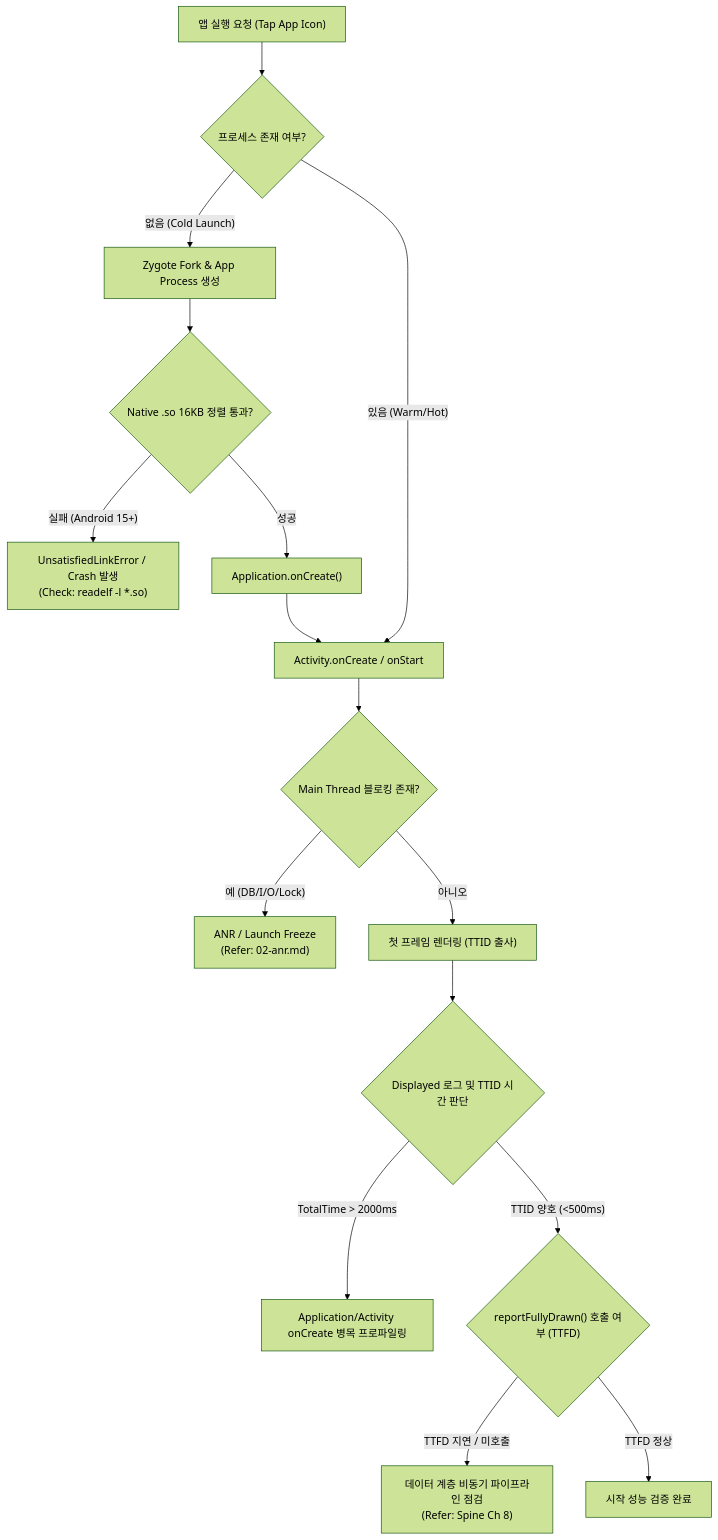
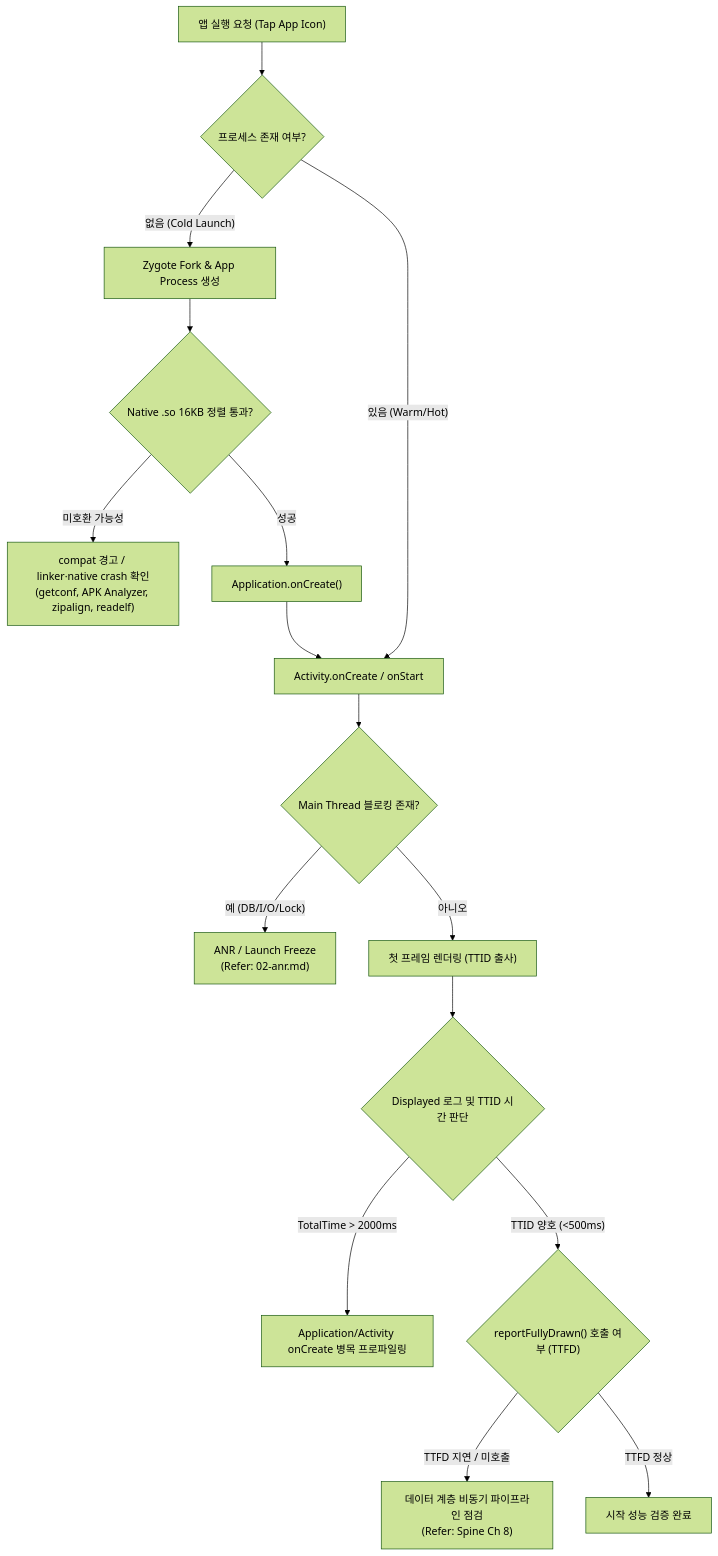
Before and after one commit to youngmin-gwon/what-i-studied: the diagram in 01_inbox/mobile/android/00_foundations/diagnostic-runbooks/01-app-launch-slow-or-fails.md, drawn with Mermaid (forest theme). The commit also changed other lines of this file and 22 other files, not shown here.

````diff
--- a/01_inbox/mobile/android/00_foundations/diagnostic-runbooks/01-app-launch-slow-or-fails.md
+++ b/01_inbox/mobile/android/00_foundations/diagnostic-runbooks/01-app-launch-slow-or-fails.md
@@ -51,22 +51,22 @@
 ```mermaid
 flowchart TD
     A["앱 실행 요청 (Tap App Icon)"] --> B{"프로세스 존재 여부?"}
     B -- "없음 (Cold Launch)" --> C["Zygote Fork & App Process 생성"]
     B -- "있음 (Warm/Hot)" --> F["Activity.onCreate / onStart"]
     
     C --> D{"Native .so 16KB 정렬 통과?"}
-    D -- "실패 (Android 15+)" --> D_ERR["UnsatisfiedLinkError / Crash 발생\n(Check: readelf -l *.so)"]
+    D -- "미호환 가능성" --> D_ERR["compat 경고 / linker·native crash 확인\n(getconf, APK Analyzer, zipalign, readelf)"]
     D -- "성공" --> E["Application.onCreate()"]
     
     E --> F
     F --> G{"Main Thread 블로킹 존재?"}
     G -- "예 (DB/I/O/Lock)" --> G_ERR["ANR / Launch Freeze\n(Refer: 02-anr.md)"]
     G -- "아니오" --> H["첫 프레임 렌더링 (TTID 출사)"]
     
     H --> I{"Displayed 로그 및 TTID 시간 판단"}
     I -- "TotalTime > 2000ms" --> J["Application/Activity onCreate 병목 프로파일링"]
     I -- "TTID 양호 (<500ms)" --> K{"reportFullyDrawn() 호출 여부 (TTFD)"}
     
     K -- "TTFD 지연 / 미호출" --> L["데이터 계층 비동기 파이프라인 점검\n(Refer: Spine Ch 8)"]
     K -- "TTFD 정상" --> M["시작 성능 검증 완료"]
 ```
````
